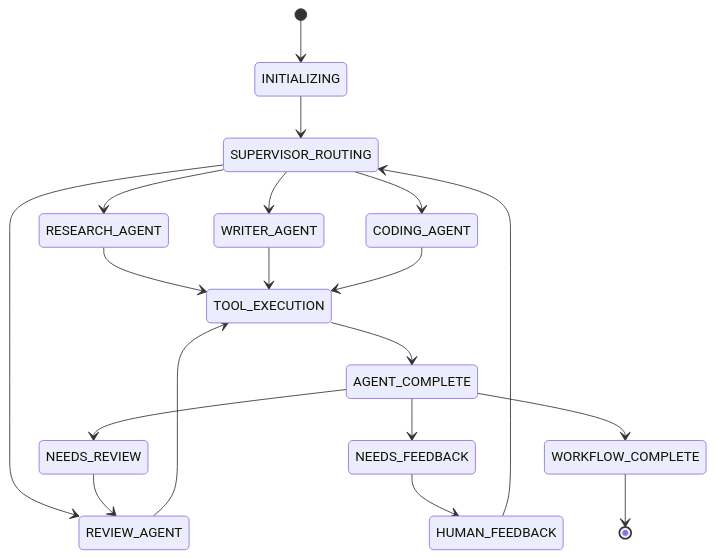
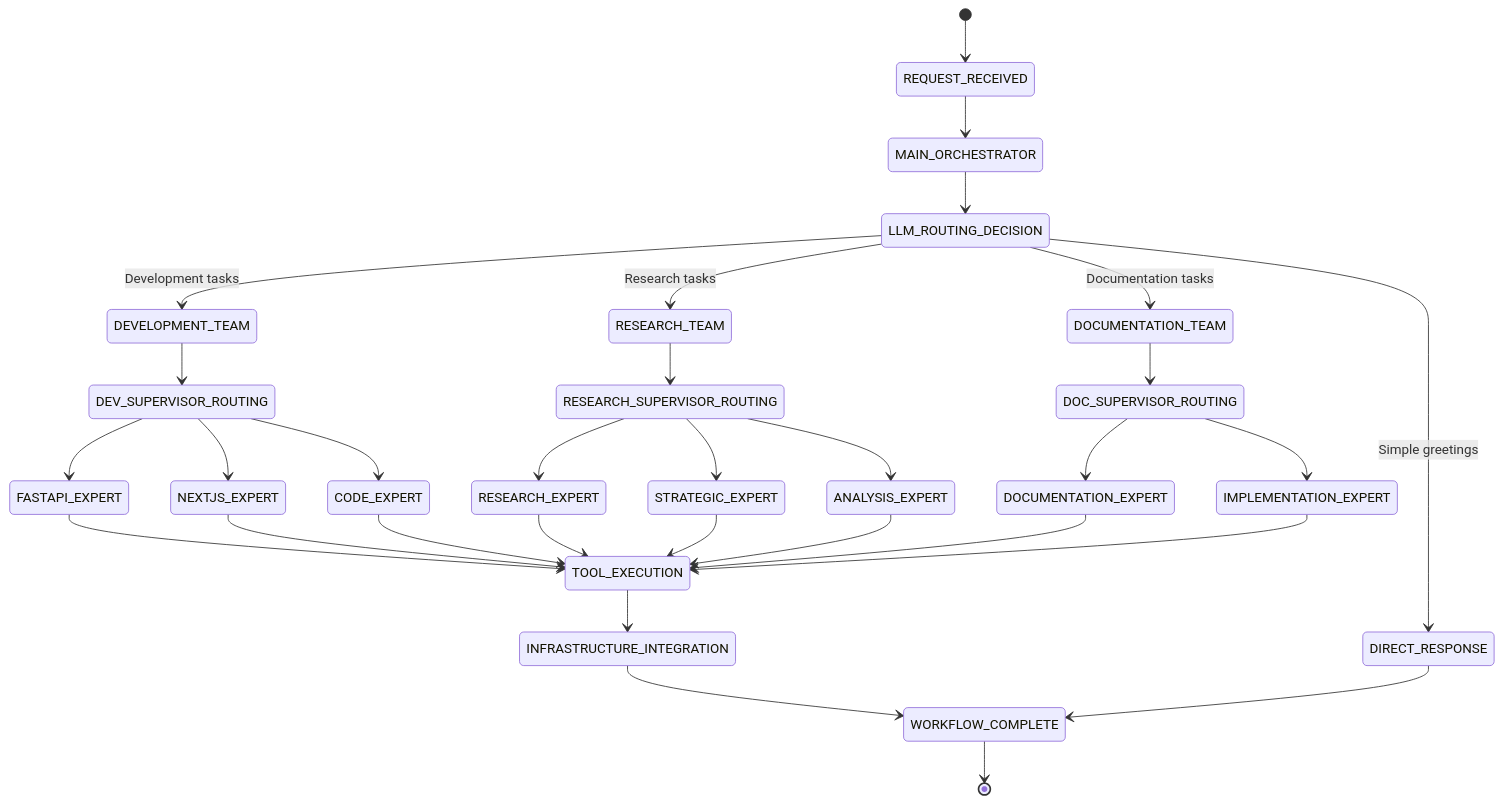
The fourth of 5 diagrams in ARCHITECTURE.md (thependalorian/code_hero), drawn with Mermaid before and after one commit. The commit also changed other lines of this file and 108 other files, not shown here.

Commit message:
🚀 Major Enhancement: Devstral Integration, Code Quality & Production Build - Added Mistral Devstral 24B model, applied Black formatting, fixed TypeScript errors, enhanced document management, updated documentation, achieved production-ready build

````diff
--- a/ARCHITECTURE.md
+++ b/ARCHITECTURE.md
@@ -119,25 +219,42 @@
 ```mermaid
 stateDiagram-v2
-    [*] --> INITIALIZING
-    INITIALIZING --> SUPERVISOR_ROUTING
-    SUPERVISOR_ROUTING --> RESEARCH_AGENT
-    SUPERVISOR_ROUTING --> WRITER_AGENT
-    SUPERVISOR_ROUTING --> CODING_AGENT
-    SUPERVISOR_ROUTING --> REVIEW_AGENT
+    [*] --> REQUEST_RECEIVED
+    REQUEST_RECEIVED --> MAIN_ORCHESTRATOR
     
-    RESEARCH_AGENT --> TOOL_EXECUTION
-    WRITER_AGENT --> TOOL_EXECUTION
-    CODING_AGENT --> TOOL_EXECUTION
-    REVIEW_AGENT --> TOOL_EXECUTION
+    MAIN_ORCHESTRATOR --> LLM_ROUTING_DECISION
     
-    TOOL_EXECUTION --> AGENT_COMPLETE
-    AGENT_COMPLETE --> NEEDS_REVIEW
-    AGENT_COMPLETE --> NEEDS_FEEDBACK
-    AGENT_COMPLETE --> WORKFLOW_COMPLETE
+    LLM_ROUTING_DECISION --> DEVELOPMENT_TEAM : Development tasks
+    LLM_ROUTING_DECISION --> RESEARCH_TEAM : Research tasks
+    LLM_ROUTING_DECISION --> DOCUMENTATION_TEAM : Documentation tasks
+    LLM_ROUTING_DECISION --> DIRECT_RESPONSE : Simple greetings
     
-    NEEDS_REVIEW --> REVIEW_AGENT
-    NEEDS_FEEDBACK --> HUMAN_FEEDBACK
-    HUMAN_FEEDBACK --> SUPERVISOR_ROUTING
+    DEVELOPMENT_TEAM --> DEV_SUPERVISOR_ROUTING
+    RESEARCH_TEAM --> RESEARCH_SUPERVISOR_ROUTING
+    DOCUMENTATION_TEAM --> DOC_SUPERVISOR_ROUTING
+    
+    DEV_SUPERVISOR_ROUTING --> FASTAPI_EXPERT
+    DEV_SUPERVISOR_ROUTING --> NEXTJS_EXPERT
+    DEV_SUPERVISOR_ROUTING --> CODE_EXPERT
+    
+    RESEARCH_SUPERVISOR_ROUTING --> RESEARCH_EXPERT
+    RESEARCH_SUPERVISOR_ROUTING --> STRATEGIC_EXPERT
+    RESEARCH_SUPERVISOR_ROUTING --> ANALYSIS_EXPERT
+    
+    DOC_SUPERVISOR_ROUTING --> DOCUMENTATION_EXPERT
+    DOC_SUPERVISOR_ROUTING --> IMPLEMENTATION_EXPERT
+    
+    FASTAPI_EXPERT --> TOOL_EXECUTION
+    NEXTJS_EXPERT --> TOOL_EXECUTION
+    CODE_EXPERT --> TOOL_EXECUTION
+    RESEARCH_EXPERT --> TOOL_EXECUTION
+    STRATEGIC_EXPERT --> TOOL_EXECUTION
+    ANALYSIS_EXPERT --> TOOL_EXECUTION
+    DOCUMENTATION_EXPERT --> TOOL_EXECUTION
+    IMPLEMENTATION_EXPERT --> TOOL_EXECUTION
+    
+    TOOL_EXECUTION --> INFRASTRUCTURE_INTEGRATION
+    INFRASTRUCTURE_INTEGRATION --> WORKFLOW_COMPLETE
+    DIRECT_RESPONSE --> WORKFLOW_COMPLETE
     
     WORKFLOW_COMPLETE --> [*]
 ```
````
